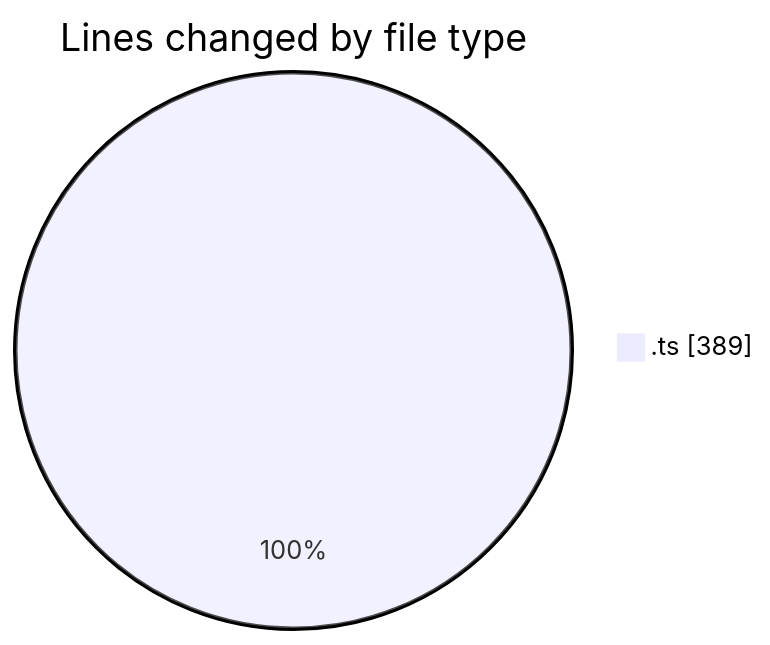
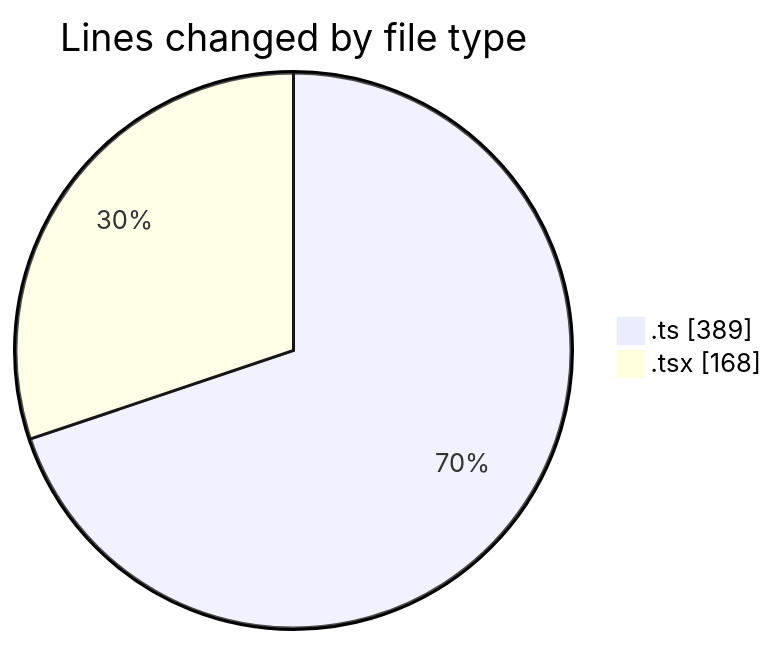
The first of 2 diagrams in 2025-06-27/archive/README.md (JenPaints/code-tracking), drawn with Mermaid before and after one commit. The commit also changed other lines of this file and 1 other file, not shown here.

````diff
--- a/2025-06-27/archive/README.md
+++ b/2025-06-27/archive/README.md
@@ -20,5 +21,6 @@
 ```mermaid
 pie showData
 title Lines changed by file type
 ".ts" : 389
+".tsx" : 168
 ```
````
